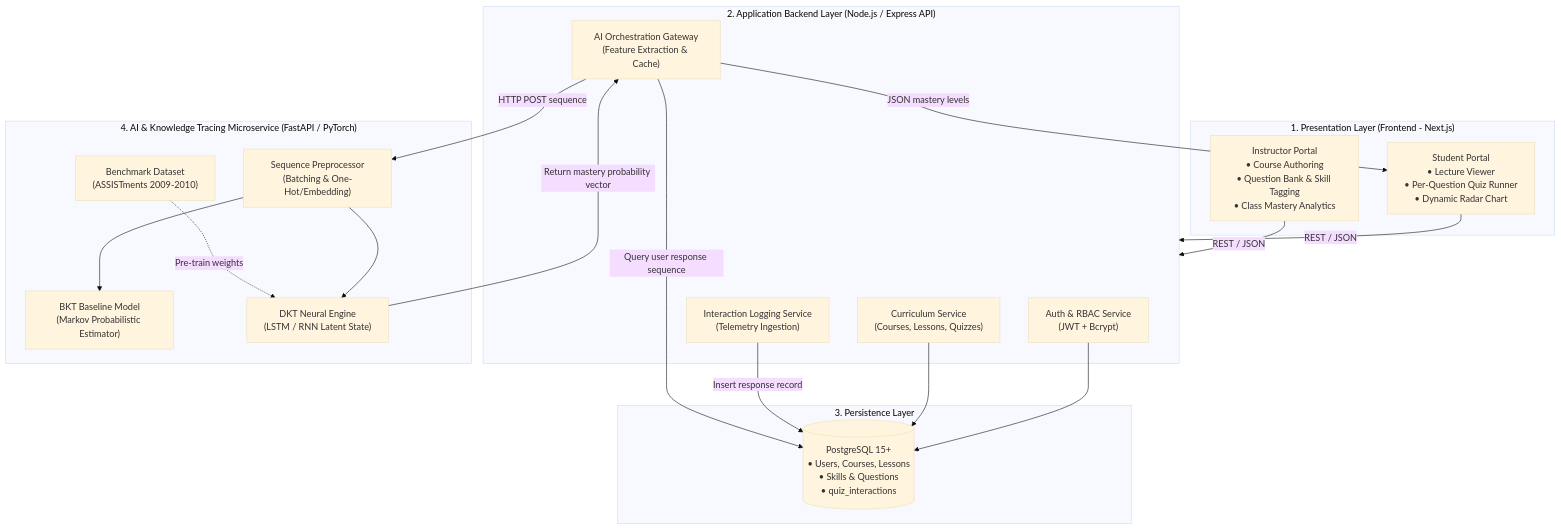
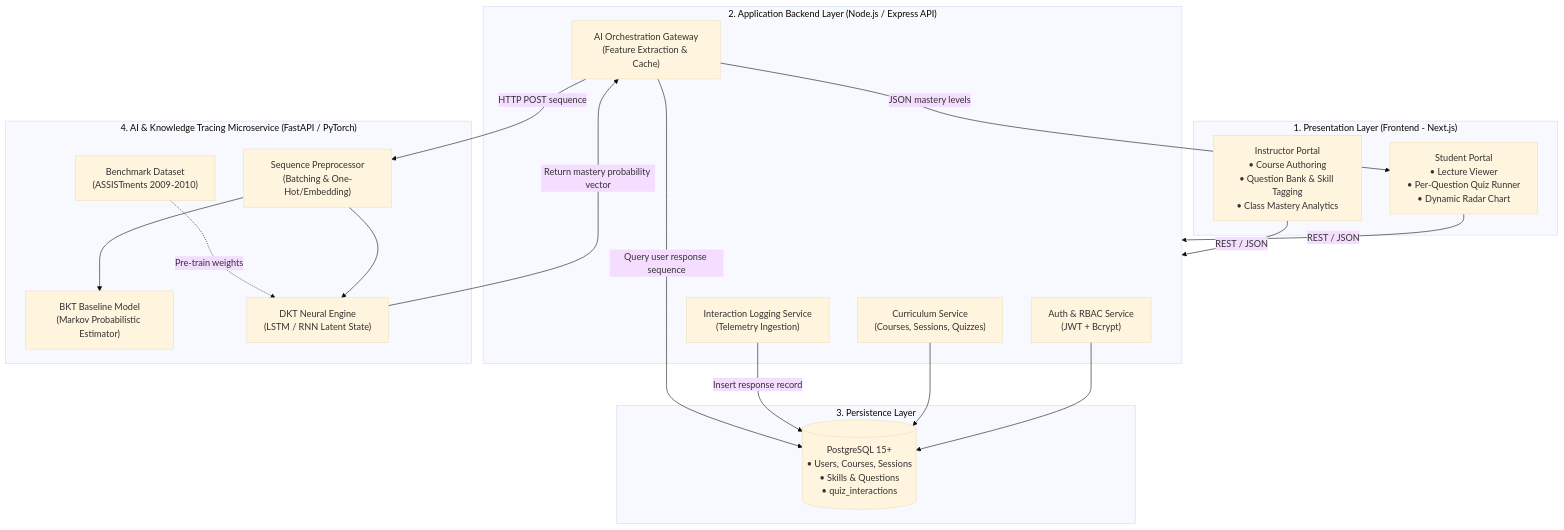
Before and after one commit to sangngng/elearning-ai-knowledge-tracing: the first of 2 diagrams in docs/architecture/OVERALL_PIPELINE.md, drawn with Mermaid (base theme). The commit also changed 27 other files, not shown here.

First line of the commit message:
chore: tidy backend, schema and docs; add roadmap, task board and contributing guide

````diff
--- a/docs/architecture/OVERALL_PIPELINE.md
+++ b/docs/architecture/OVERALL_PIPELINE.md
@@ -13,38 +13,38 @@
 ```mermaid
 graph TD
     subgraph ClientLayer ["1. Presentation Layer (Frontend - Next.js)"]
         UI_Student["Student Portal<br/>• Lecture Viewer<br/>• Per-Question Quiz Runner<br/>• Dynamic Radar Chart"]
         UI_Lecturer["Instructor Portal<br/>• Course Authoring<br/>• Question Bank & Skill Tagging<br/>• Class Mastery Analytics"]
     end
 
     subgraph APILayer ["2. Application Backend Layer (Node.js / Express API)"]
         AuthService["Auth & RBAC Service<br/>(JWT + Bcrypt)"]
-        CourseService["Curriculum Service<br/>(Courses, Lessons, Quizzes)"]
+        CourseService["Curriculum Service<br/>(Courses, Sessions, Quizzes)"]
         InteractionService["Interaction Logging Service<br/>(Telemetry Ingestion)"]
         AIProxy["AI Orchestration Gateway<br/>(Feature Extraction & Cache)"]
     end
 
     subgraph DataLayer ["3. Persistence Layer"]
-        Postgres[(PostgreSQL 15+<br/>• Users, Courses, Lessons<br/>• Skills & Questions<br/>• quiz_interactions)]
+        Postgres[(PostgreSQL 15+<br/>• Users, Courses, Sessions<br/>• Skills & Questions<br/>• quiz_interactions)]
     end
 
     subgraph AIEngine ["4. AI & Knowledge Tracing Microservice (FastAPI / PyTorch)"]
         DataPipeline["Sequence Preprocessor<br/>(Batching & One-Hot/Embedding)"]
         BKT_Model["BKT Baseline Model<br/>(Markov Probabilistic Estimator)"]
         DKT_Model["DKT Neural Engine<br/>(LSTM / RNN Latent State)"]
         BenchmarkRepo["Benchmark Dataset<br/>(ASSISTments 2009-2010)"]
     end
 
     UI_Student -->|REST / JSON| APILayer
     UI_Lecturer -->|REST / JSON| APILayer
     AuthService --> Postgres
     CourseService --> Postgres
     InteractionService -->|Insert response record| Postgres
     AIProxy -->|Query user response sequence| Postgres
     AIProxy -->|HTTP POST sequence| DataPipeline
     DataPipeline --> DKT_Model
     DataPipeline --> BKT_Model
     BenchmarkRepo -.->|Pre-train weights| DKT_Model
     DKT_Model -->|Return mastery probability vector| AIProxy
     AIProxy -->|JSON mastery levels| UI_Student
 ```
````
